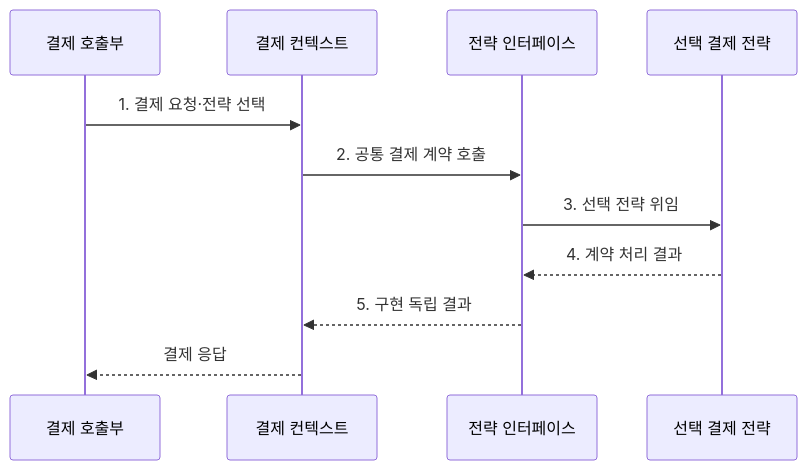
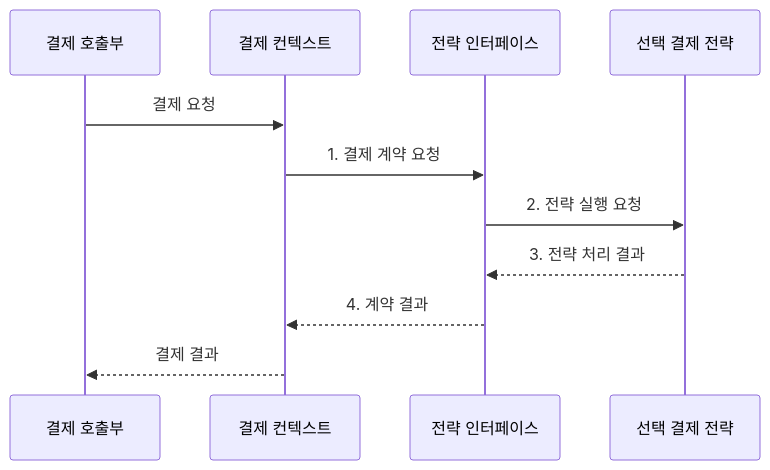
Before and after one commit to agnusdei1207/knowledge-base: the second of 2 diagrams in src/content/docs/notes/03-software/047_design_patterns_gof.md, drawn with Mermaid. The commit also changed other lines of this file and 20 other files, not shown here.

````diff
--- a/src/content/docs/notes/03-software/047_design_patterns_gof.md
+++ b/src/content/docs/notes/03-software/047_design_patterns_gof.md
@@ -84,14 +82,14 @@
 ```mermaid
 sequenceDiagram
     participant C as 결제 호출부
     participant X as 결제 컨텍스트
     participant I as 전략 인터페이스
     participant S as 선택 결제 전략
 
-    C->>X: 1. 결제 요청·전략 선택
-    X->>I: 2. 공통 결제 계약 호출
-    I->>S: 3. 선택 전략 위임
-    S-->>I: 4. 계약 처리 결과
-    I-->>X: 5. 구현 독립 결과
-    X-->>C: 결제 응답
+    C->>X: 결제 요청
+    X->>I: 1. 결제 계약 요청
+    I->>S: 2. 전략 실행 요청
+    S-->>I: 3. 전략 처리 결과
+    I-->>X: 4. 계약 결과
+    X-->>C: 결제 결과
 ```
````
